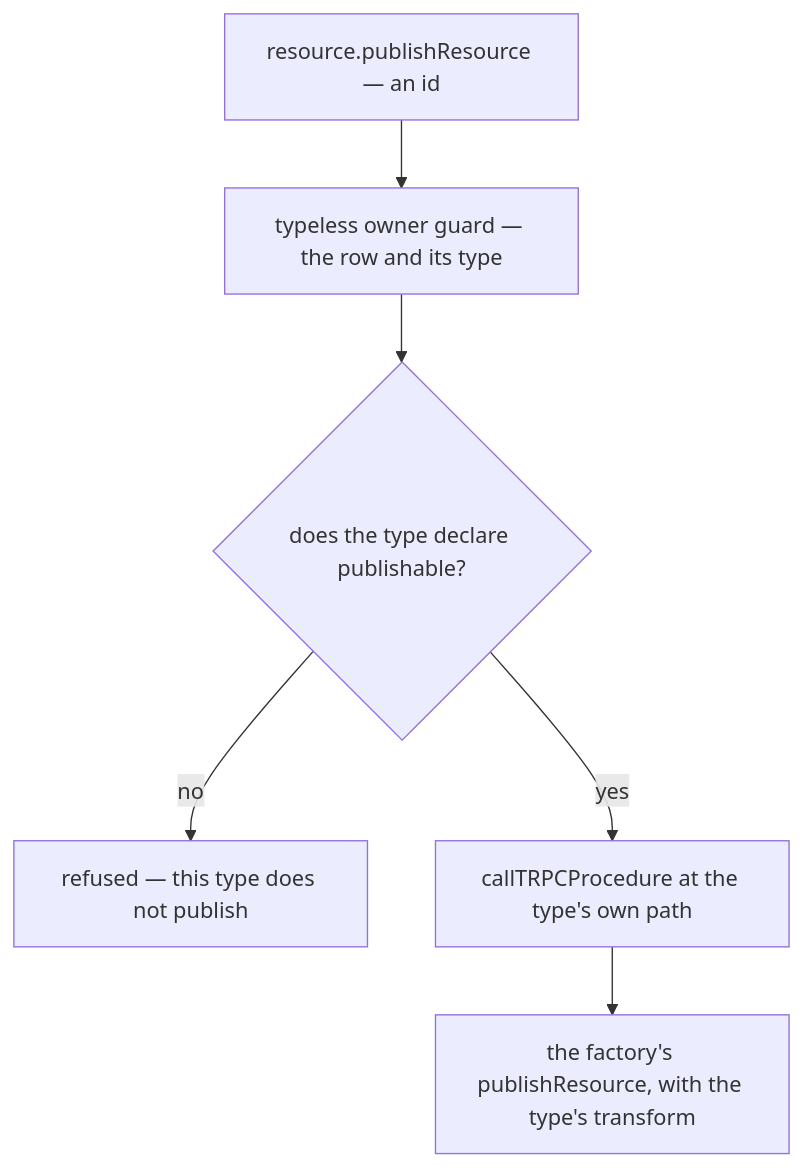
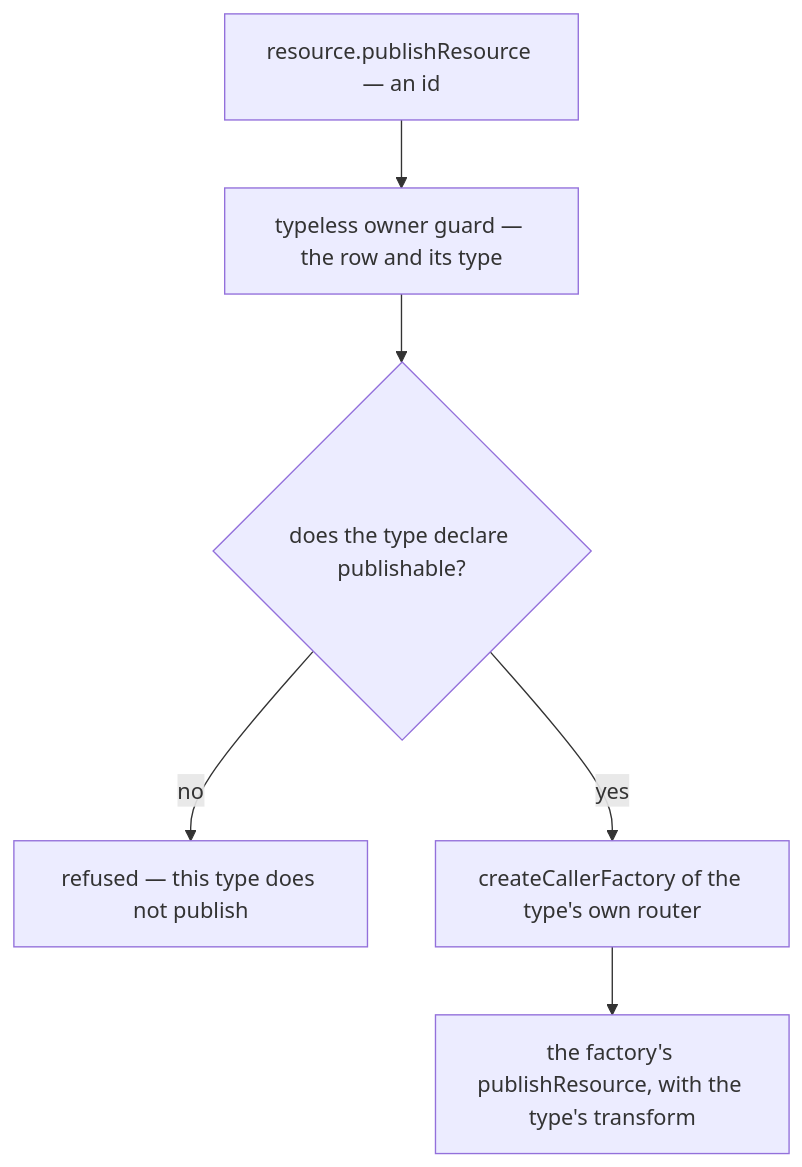
The diagram in openspec/changes/architecture-ai-native-resources-lifecycle-tools/design.md (Esposter/Esposter), drawn with Mermaid before and after one commit. The commit also changed other lines of this file and 1 other file, not shown here.

First line of the commit message:
docs(openspec): the lifecycle dispatch calls the type's router through createCallerFactory, and the agent-keys declaration check's landing is recorded as the lifecycle change's

````diff
--- a/openspec/changes/architecture-ai-native-resources-lifecycle-tools/design.md
+++ b/openspec/changes/architecture-ai-native-resources-lifecycle-tools/design.md
@@ -29,8 +29,8 @@
 ```mermaid
 flowchart TD
   CALL["resource.publishResource — an id"] --> OWNER["typeless owner guard — the row and its type"]
   OWNER --> CAP{"does the type declare publishable?"}
   CAP -->|no| REFUSED["refused — this type does not publish"]
-  CAP -->|yes| PATH["callTRPCProcedure at the type's own path"]
+  CAP -->|yes| PATH["createCallerFactory of the type's own router"]
   PATH --> GEN["the factory's publishResource, with the type's transform"]
 ```
````
